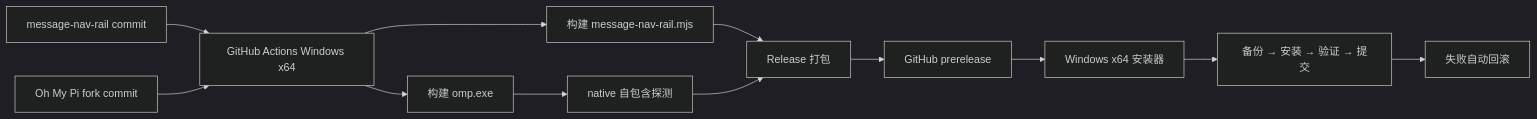
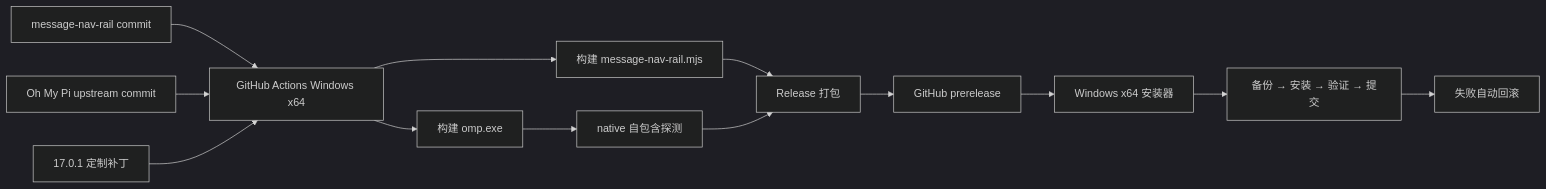
The diagram in docs/windows-x64-github-release-plan.md (Frashmeat/message-nav-rail), drawn with Mermaid (dark theme) before and after one commit. The commit also changed other lines of this file and 9 other files, not shown here.

````diff
--- a/docs/windows-x64-github-release-plan.md
+++ b/docs/windows-x64-github-release-plan.md
@@ -48,14 +50,15 @@
 ```mermaid
 flowchart LR
     A["message-nav-rail commit"] --> C["GitHub Actions Windows x64"]
-    B["Oh My Pi fork commit"] --> C
+    B["Oh My Pi upstream commit"] --> C
+    P["17.0.1 定制补丁"] --> C
     C --> D["构建 omp.exe"]
     C --> E["构建 message-nav-rail.mjs"]
     D --> F["native 自包含探测"]
     E --> G["Release 打包"]
     F --> G
     G --> H["GitHub prerelease"]
     H --> I["Windows x64 安装器"]
     I --> J["备份 → 安装 → 验证 → 提交"]
     J --> K["失败自动回滚"]
 ```
````
